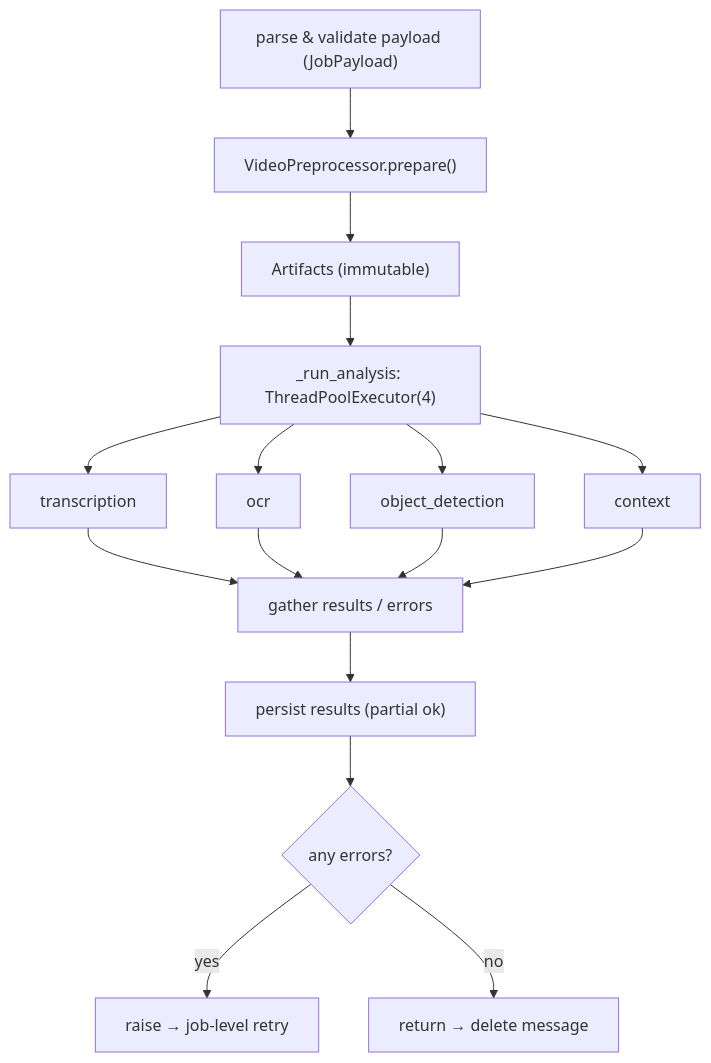
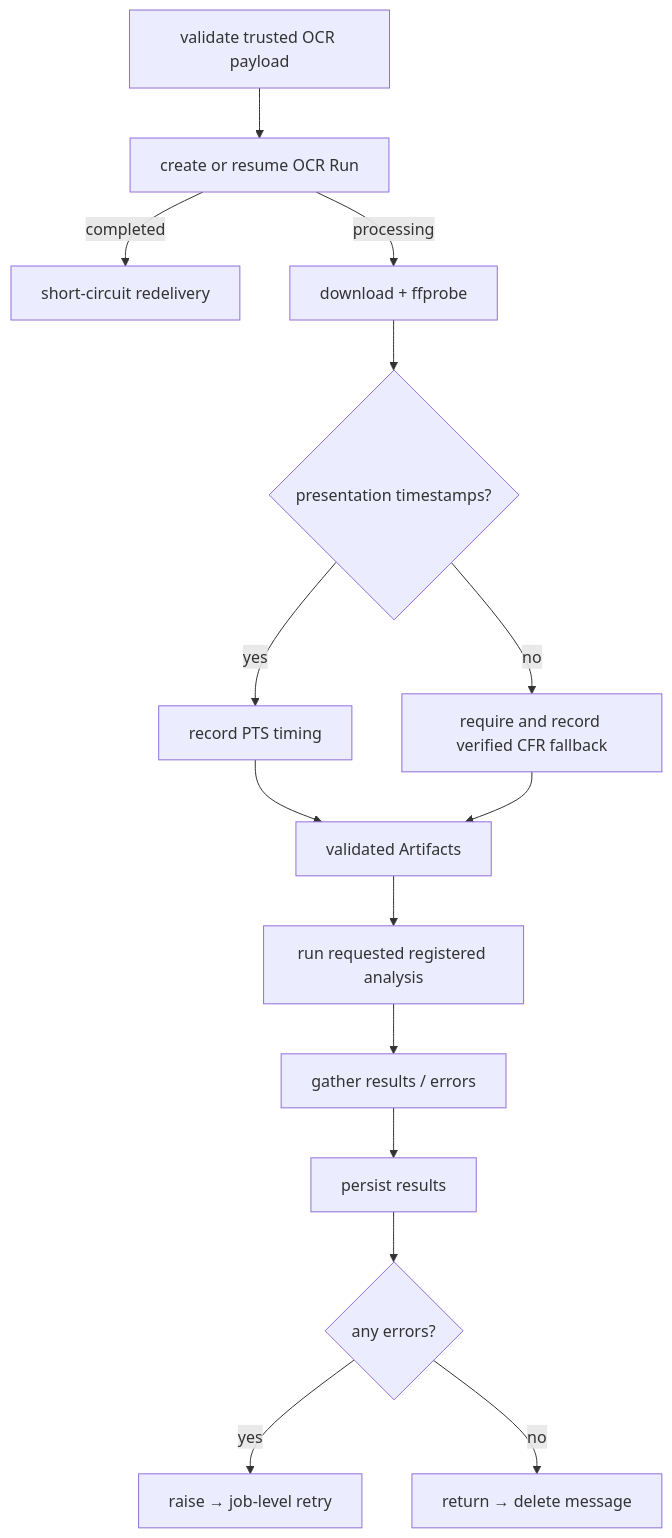
The fifth of 6 diagrams in worker/docs/ARCHITECTURE.md (AdReadyAI/adready-ai), drawn with Mermaid before and after one commit. The commit also changed other lines of this file and 15 other files, not shown here.

Commit message:
feat(worker): add idempotent OCR run intake

````diff
--- a/worker/docs/ARCHITECTURE.md
+++ b/worker/docs/ARCHITECTURE.md
@@ -145,18 +146,17 @@
 ```mermaid
 flowchart TD
-    PA["parse & validate payload (JobPayload)"] --> PR["VideoPreprocessor.prepare()"]
-    PR --> ART["Artifacts (immutable)"]
-    ART --> FO["_run_analysis: ThreadPoolExecutor(4)"]
-    FO --> T1["transcription"]
-    FO --> T2["ocr"]
-    FO --> T3["object_detection"]
-    FO --> T4["context"]
-    T1 --> G["gather results / errors"]
-    T2 --> G
-    T3 --> G
-    T4 --> G
-    G --> PER["persist results (partial ok)"]
+    PA["validate trusted OCR payload"] --> RUN["create or resume OCR Run"]
+    RUN -->|completed| SKIP["short-circuit redelivery"]
+    RUN -->|processing| PR["download + ffprobe"]
+    PR --> TS{"presentation timestamps?"}
+    TS -->|yes| PTS["record PTS timing"]
+    TS -->|no| CFR["require and record verified CFR fallback"]
+    PTS --> ART["validated Artifacts"]
+    CFR --> ART
+    ART --> FO["run requested registered analysis"]
+    FO --> G["gather results / errors"]
+    G --> PER["persist results"]
     PER --> E{"any errors?"}
     E -->|yes| RAISE["raise → job-level retry"]
     E -->|no| OK["return → delete message"]
 ```
````
